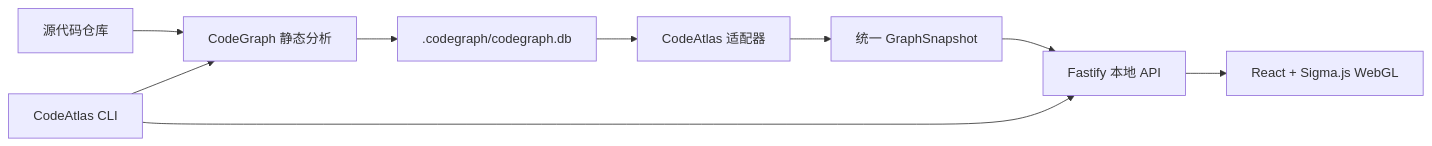
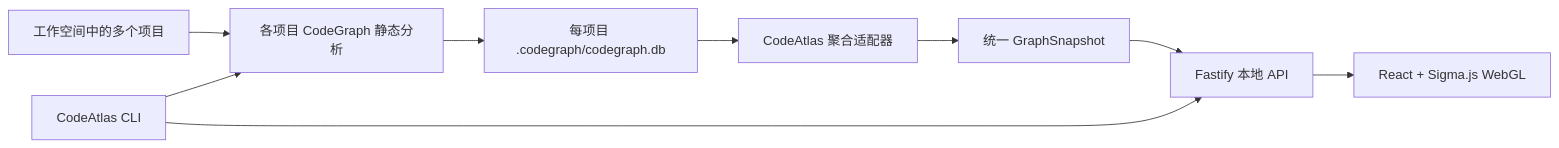
The diagram in README.md (hanfeng529264/codeatlas), drawn with Mermaid before and after one commit. The commit also changed other lines of this file and 33 other files, not shown here.

````diff
--- a/README.md
+++ b/README.md
@@ -209,11 +236,11 @@
 ```mermaid
 flowchart LR
-    Source["源代码仓库"] --> CG["CodeGraph 静态分析"]
-    CG --> DB[".codegraph/codegraph.db"]
-    DB --> Adapter["CodeAtlas 适配器"]
+    Source["工作空间中的多个项目"] --> CG["各项目 CodeGraph 静态分析"]
+    CG --> DB["每项目 .codegraph/codegraph.db"]
+    DB --> Adapter["CodeAtlas 聚合适配器"]
     Adapter --> Snapshot["统一 GraphSnapshot"]
     Snapshot --> API["Fastify 本地 API"]
     API --> UI["React + Sigma.js WebGL"]
     CLI["CodeAtlas CLI"] --> CG
     CLI --> API
 ```
````
